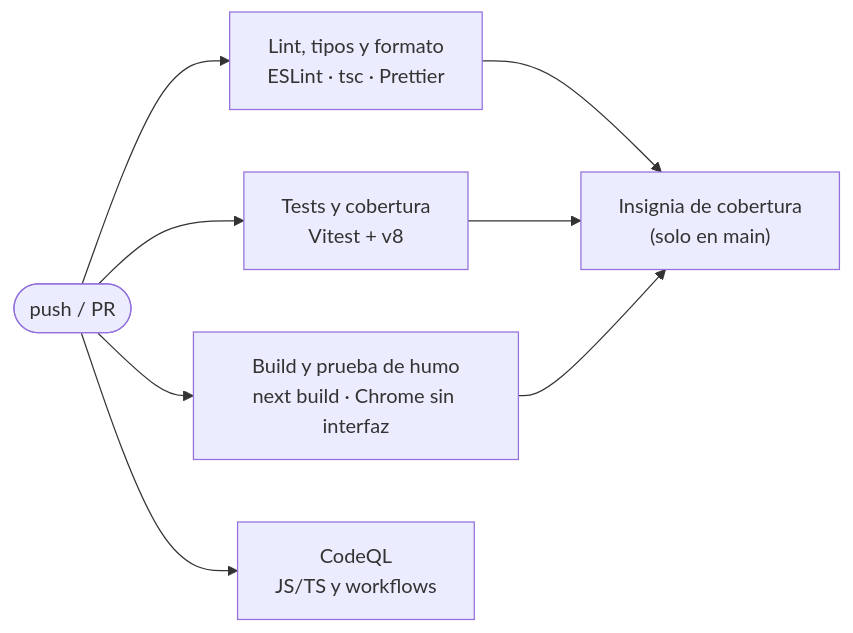
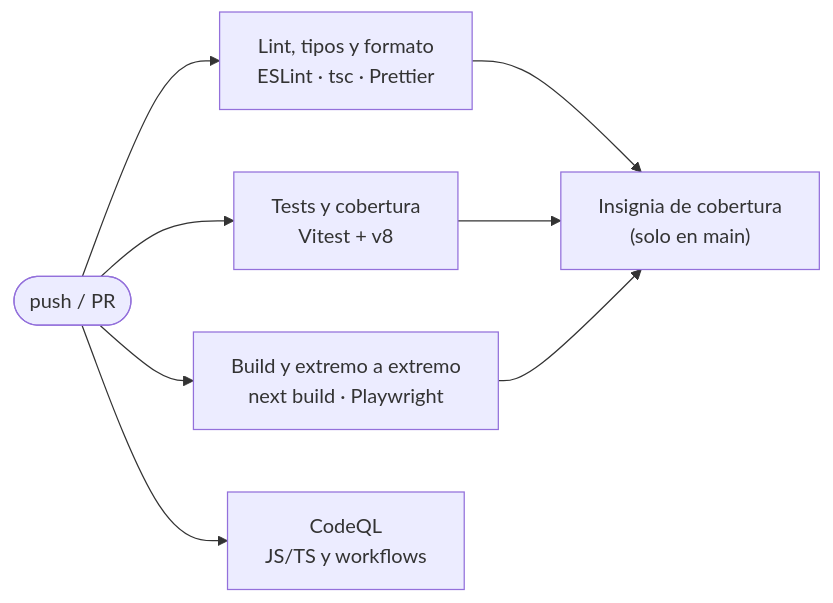
Before and after one commit to Pablo-Caballero-Maria/simulador-iot-icc: the fourth of 4 diagrams in README.md, drawn with Mermaid. The commit also changed other lines of this file and 17 other files, not shown here.

First line of the commit message:
Tests de extremo a extremo con Playwright y telemetría de Vercel (v1.1.0)

````diff
--- a/README.md
+++ b/README.md
@@ -260,8 +262,8 @@
 ```mermaid
 flowchart LR
     P(["push / PR"]) --> Q["Lint, tipos y formato<br/>ESLint · tsc · Prettier"]
     P --> T["Tests y cobertura<br/>Vitest + v8"]
-    P --> B["Build y prueba de humo<br/>next build · Chrome sin interfaz"]
+    P --> B["Build y extremo a extremo<br/>next build · Playwright"]
     P --> C["CodeQL<br/>JS/TS y workflows"]
     Q & T & B --> I["Insignia de cobertura<br/>(solo en main)"]
 ```
````
